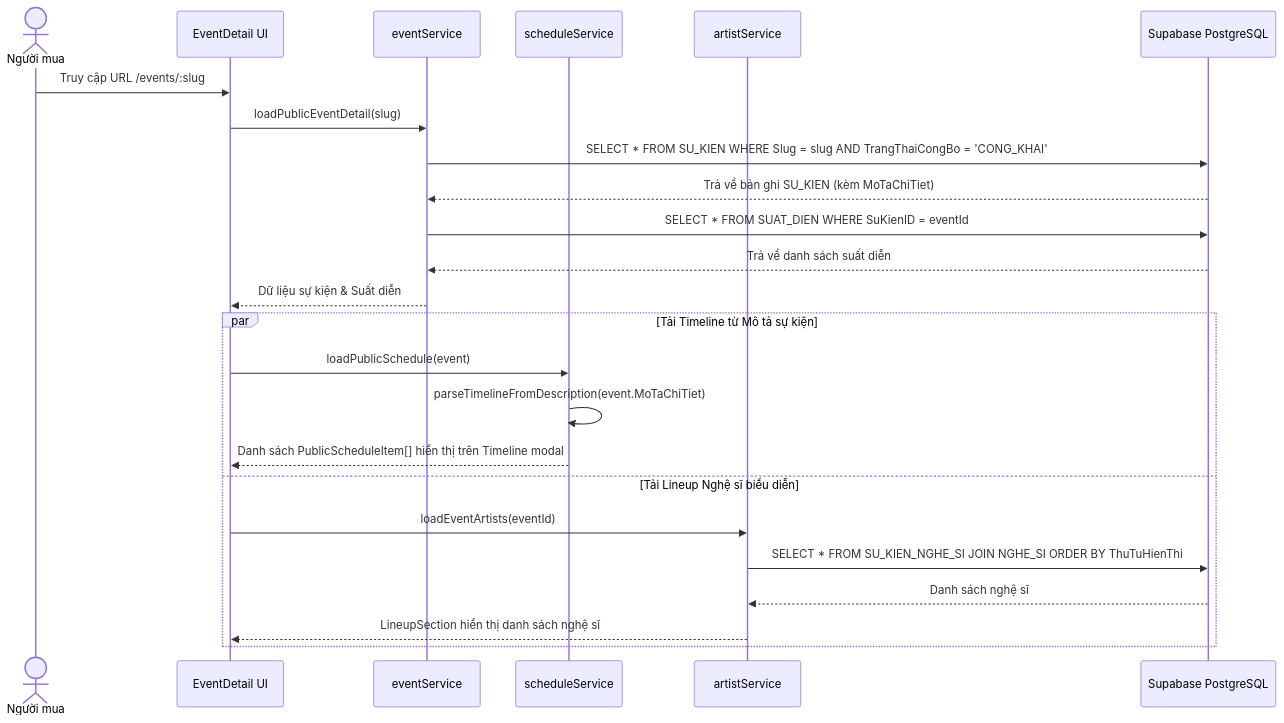
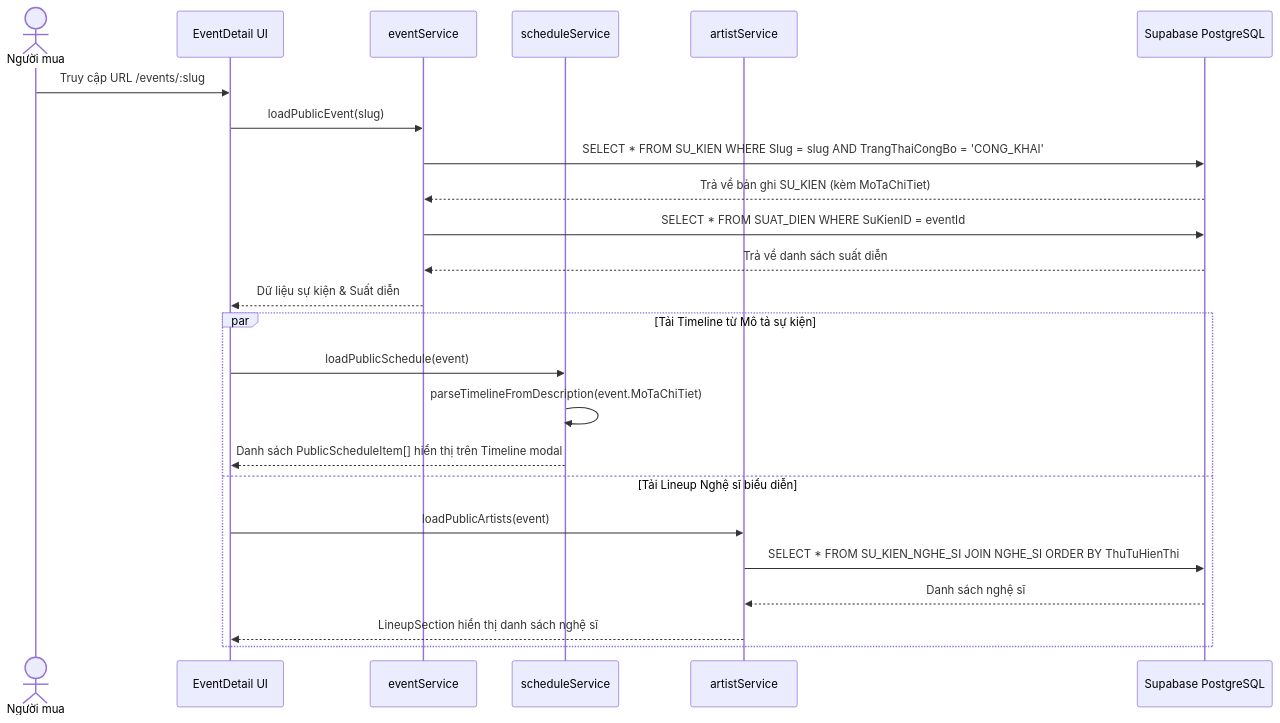
The sixth of 11 diagrams in docs/sprint1-deliverables/02_ANALYSIS_AND_SYSTEM_DESIGN.md (minhdc2011/EVENTTICKETING), drawn with Mermaid before and after one commit. The commit also changed other lines of this file and 2 other files, not shown here.

First line of the commit message:
docs: align ERD, class diagram and sequences with repo

````diff
--- a/docs/sprint1-deliverables/02_ANALYSIS_AND_SYSTEM_DESIGN.md
+++ b/docs/sprint1-deliverables/02_ANALYSIS_AND_SYSTEM_DESIGN.md
@@ -428,28 +429,28 @@
 ```mermaid
 sequenceDiagram
   actor U as Người mua
   participant UI as EventDetail UI
   participant ES as eventService
   participant SS as scheduleService
   participant AS as artistService
   participant DB as Supabase PostgreSQL
 
   U->>UI: Truy cập URL /events/:slug
-  UI->>ES: loadPublicEventDetail(slug)
+  UI->>ES: loadPublicEvent(slug)
   ES->>DB: SELECT * FROM SU_KIEN WHERE Slug = slug AND TrangThaiCongBo = 'CONG_KHAI'
   DB-->>ES: Trả về bản ghi SU_KIEN (kèm MoTaChiTiet)
   ES->>DB: SELECT * FROM SUAT_DIEN WHERE SuKienID = eventId
   DB-->>ES: Trả về danh sách suất diễn
   ES-->>UI: Dữ liệu sự kiện & Suất diễn
 
   par Tải Timeline từ Mô tả sự kiện
     UI->>SS: loadPublicSchedule(event)
     SS->>SS: parseTimelineFromDescription(event.MoTaChiTiet)
     SS-->>UI: Danh sách PublicScheduleItem[] hiển thị trên Timeline modal
   and Tải Lineup Nghệ sĩ biểu diễn
-    UI->>AS: loadEventArtists(eventId)
+    UI->>AS: loadPublicArtists(event)
     AS->>DB: SELECT * FROM SU_KIEN_NGHE_SI JOIN NGHE_SI ORDER BY ThuTuHienThi
     DB-->>AS: Danh sách nghệ sĩ
     AS-->>UI: LineupSection hiển thị danh sách nghệ sĩ
   end
 ```
````
